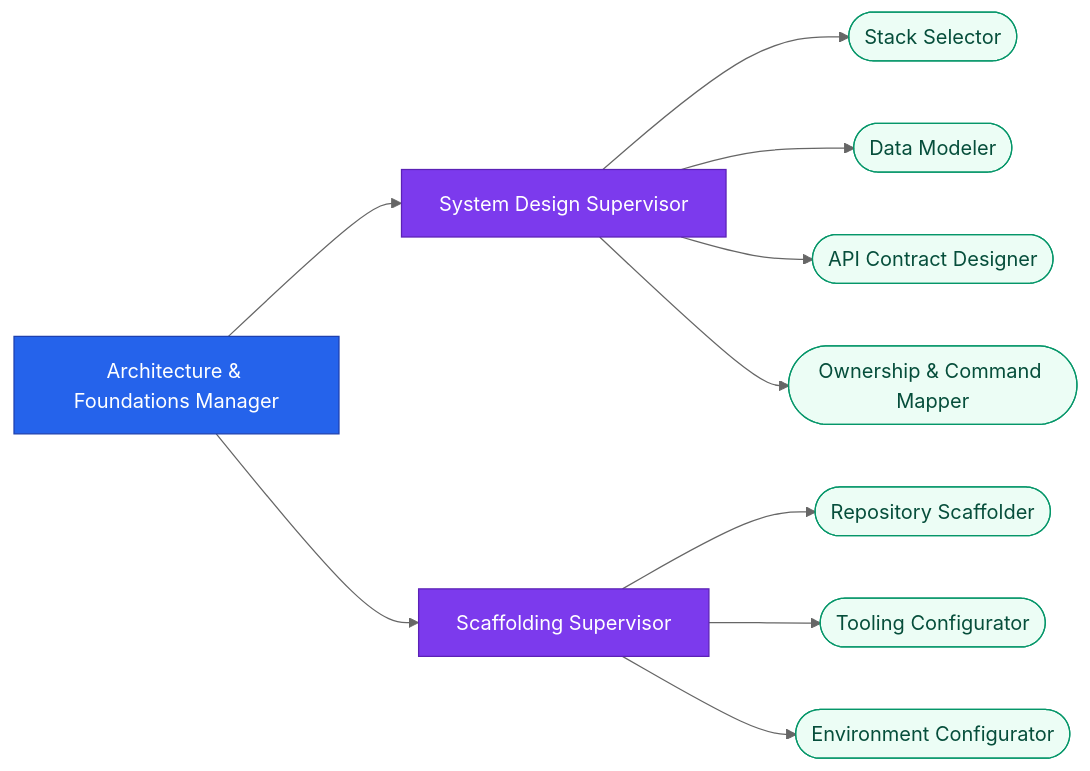
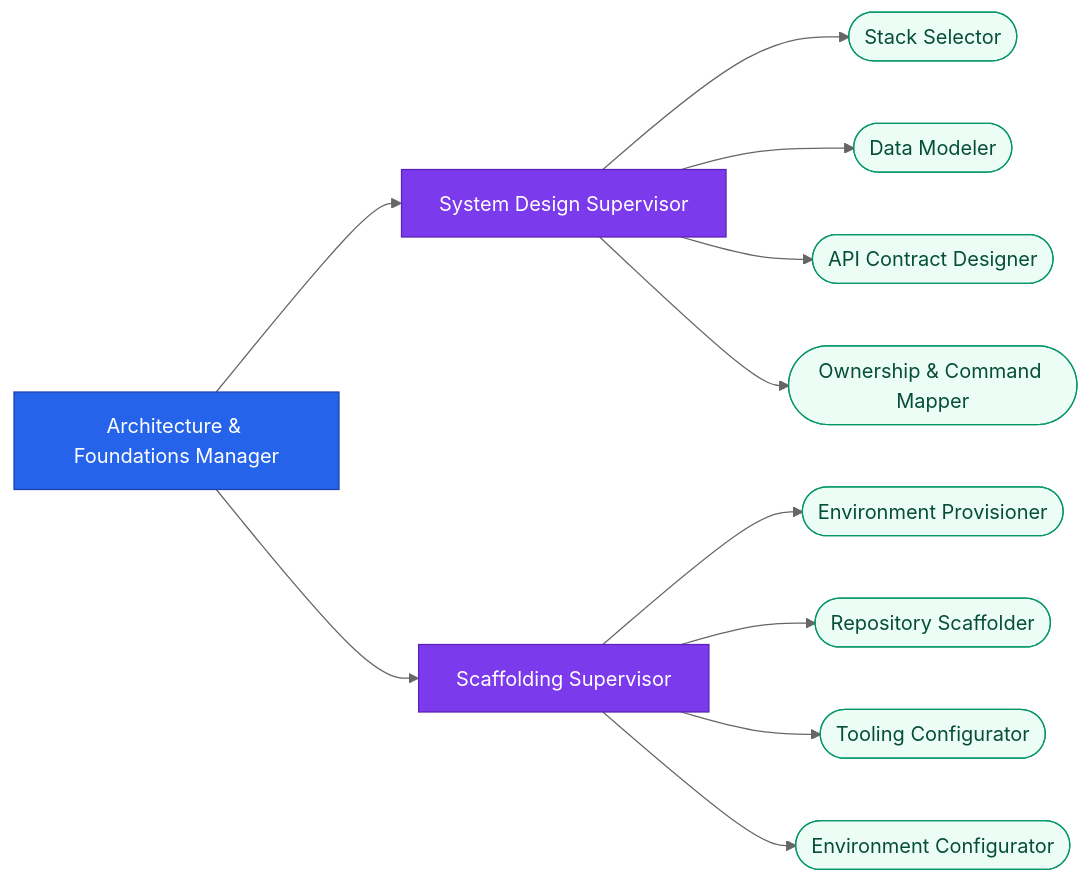
One commit to Waleed178-del/lets-do-it changed the third of 8 diagrams in docs/system/02-chain-of-command.md. Above: the diagram before and after it, drawn with Mermaid (neutral theme). The commit also changed other lines of this file and 14 other files, not shown here.

First line of the commit message:
Enforce delegation in the engine, add @commands verify, diagrams for 2.0

````diff
--- a/docs/system/02-chain-of-command.md
+++ b/docs/system/02-chain-of-command.md
@@ -73,19 +73,20 @@
 ```mermaid
 flowchart LR
     mgr_architecture["Architecture & Foundations Manager"]
     mgr_architecture --> sup_system_design["System Design Supervisor"]
     sup_system_design --> wrk_stack_selector(["Stack Selector"])
     sup_system_design --> wrk_data_modeler(["Data Modeler"])
     sup_system_design --> wrk_api_contract(["API Contract Designer"])
     sup_system_design --> wrk_ownership_mapper(["Ownership & Command Mapper"])
     mgr_architecture --> sup_scaffold["Scaffolding Supervisor"]
+    sup_scaffold --> wrk_env_provisioner(["Environment Provisioner"])
     sup_scaffold --> wrk_repo_scaffolder(["Repository Scaffolder"])
     sup_scaffold --> wrk_tooling_config(["Tooling Configurator"])
     sup_scaffold --> wrk_env_config(["Environment Configurator"])
     classDef mgr fill:#2563eb,color:#fff,stroke:#1e40af
     classDef sup fill:#7c3aed,color:#fff,stroke:#5b21b6
     classDef wrk fill:#ecfdf5,color:#064e3b,stroke:#059669
     class mgr_architecture mgr
     class sup_system_design,sup_scaffold sup
-    class wrk_stack_selector,wrk_data_modeler,wrk_api_contract,wrk_ownership_mapper,wrk_repo_scaffolder,wrk_tooling_config,wrk_env_config wrk
+    class wrk_stack_selector,wrk_data_modeler,wrk_api_contract,wrk_ownership_mapper,wrk_env_provisioner,wrk_repo_scaffolder,wrk_tooling_config,wrk_env_config wrk
 ```
````
